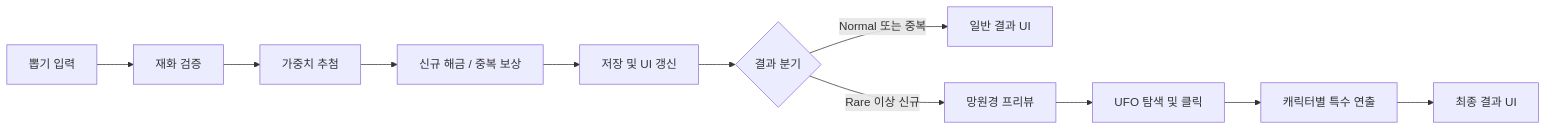
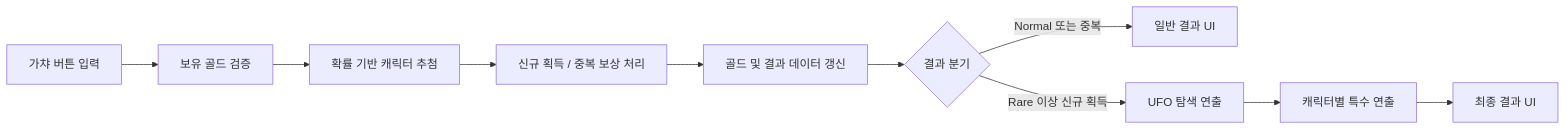
Before and after one commit to yangwonkyu/MINIverse-Gacha: the diagram in README.md, drawn with Mermaid. The commit also changed other lines of this file, not shown here.

````diff
--- a/README.md
+++ b/README.md
@@ -42,13 +42,12 @@
 ```mermaid
 flowchart LR
-    A[뽑기 입력] --> B[재화 검증]
-    B --> C[가중치 추첨]
-    C --> D[신규 해금 / 중복 보상]
-    D --> E[저장 및 UI 갱신]
+    A[가챠 버튼 입력] --> B[보유 골드 검증]
+    B --> C[확률 기반 캐릭터 추첨]
+    C --> D[신규 획득 / 중복 보상 처리]
+    D --> E[골드 및 결과 데이터 갱신]
     E --> F{결과 분기}
     F -->|Normal 또는 중복| G[일반 결과 UI]
-    F -->|Rare 이상 신규| H[망원경 프리뷰]
-    H --> I[UFO 탐색 및 클릭]
-    I --> J[캐릭터별 특수 연출]
-    J --> K[최종 결과 UI]
+    F -->|Rare 이상 신규 획득| H[UFO 탐색 연출]
+    H --> I[캐릭터별 특수 연출]
+    I --> J[최종 결과 UI]
 ```
````
